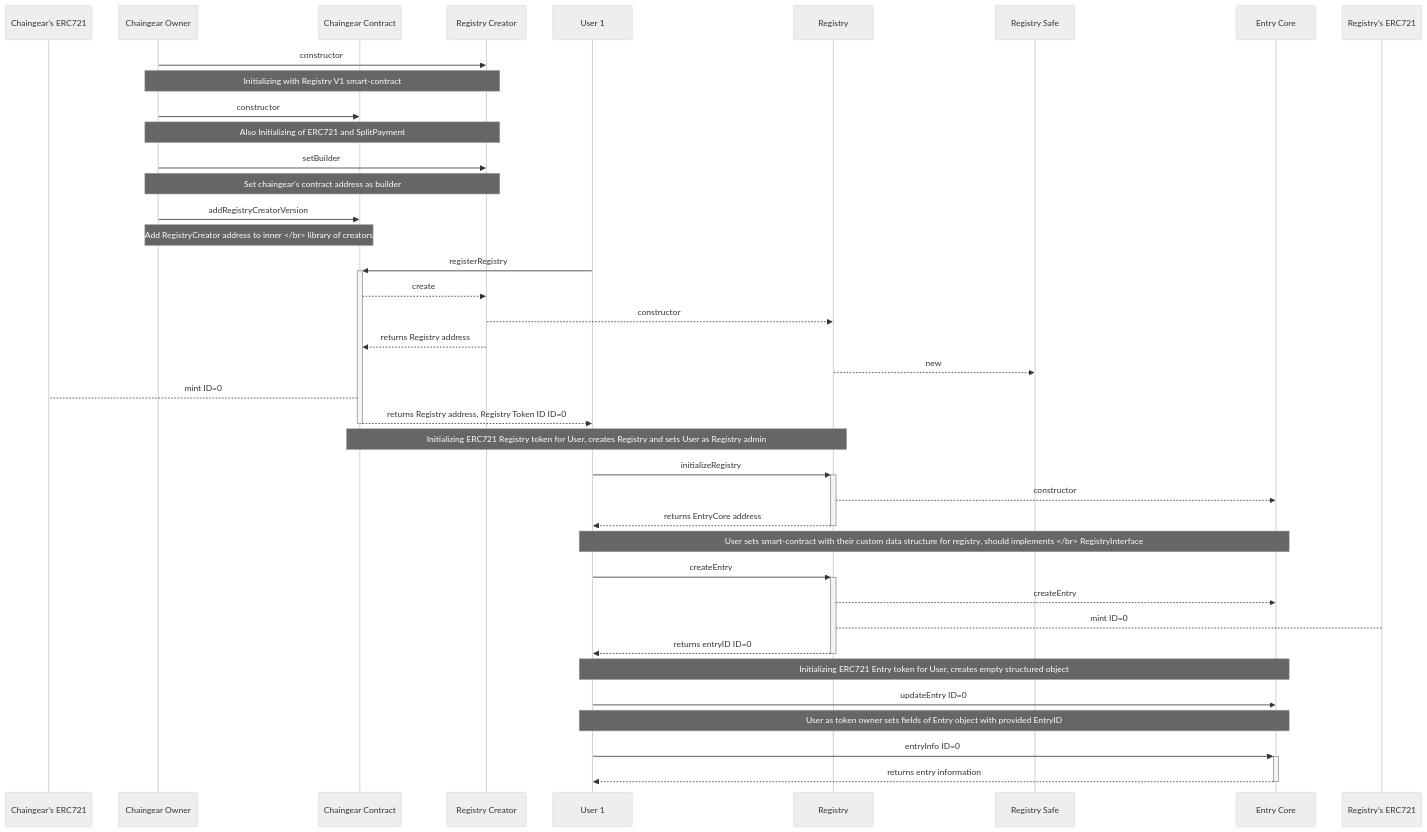
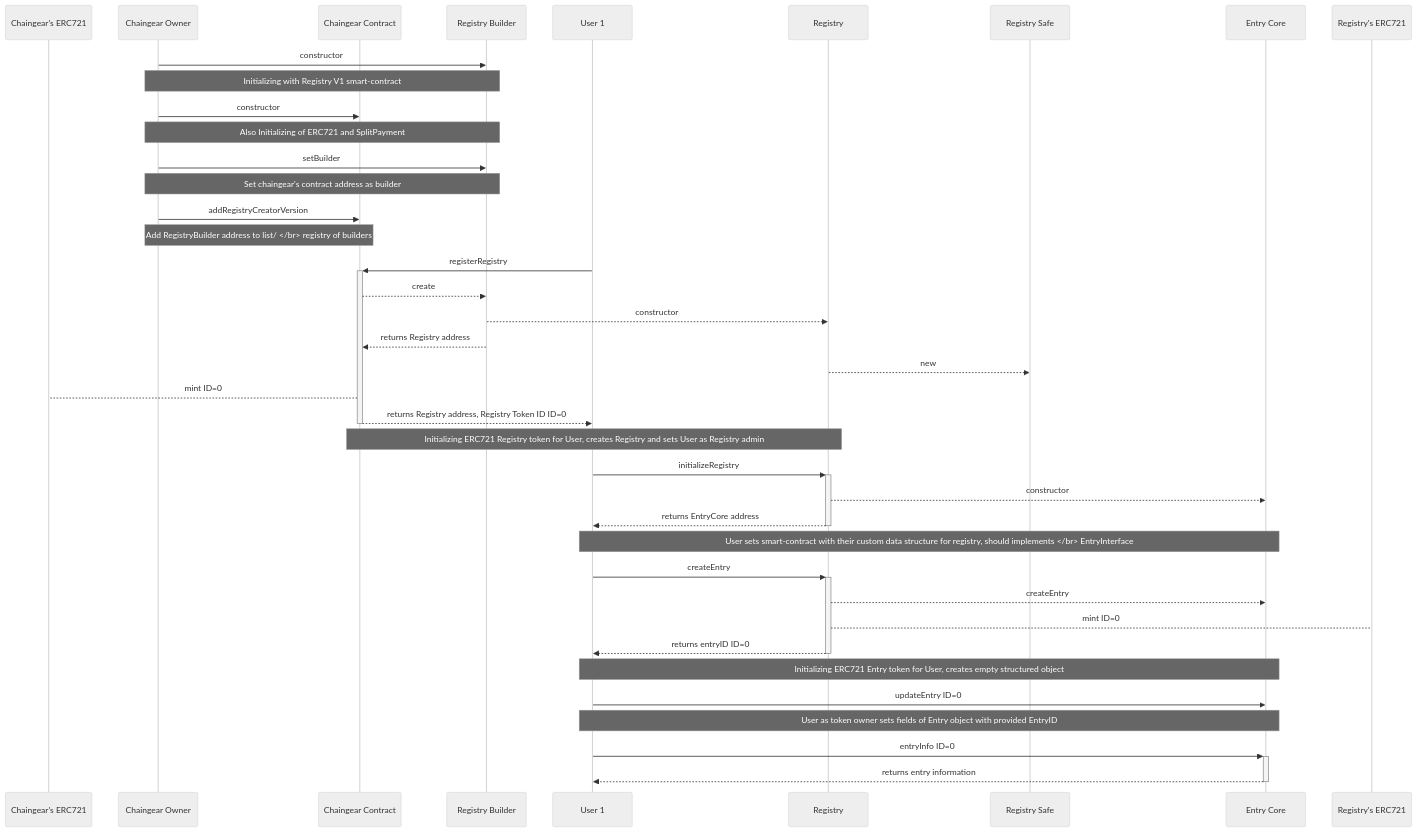
Before and after one commit to cybercongress/chaingear: the diagram in docs/mermaid/origin/pipelines-general_pipeline.mmd, drawn with Mermaid (neutral theme). The commit also changed 18 other files, not shown here.

```diff
--- a/docs/mermaid/origin/pipelines-general_pipeline.mmd
+++ b/docs/mermaid/origin/pipelines-general_pipeline.mmd
@@ -1,48 +1,48 @@
 sequenceDiagram
     participant C721 as Chaingear's ERC721
     participant O as Chaingear Owner
     participant CC as Chaingear Contract
-    participant RC as Registry Creator
+    participant RC as Registry Builder
     participant U1 as User 1
     participant R as Registry
     participant S as Registry Safe
     participant EC as Entry Core
     participant R721 as Registry's ERC721 
     
     O->>RC: constructor
     Note over O, RC: Initializing with Registry V1 smart-contract
     
     O->>CC: constructor
     Note over O, RC: Also Initializing of ERC721 and SplitPayment
     
     O->>RC: setBuilder
     Note over O, RC: Set chaingear's contract address as builder
     
     O->>CC: addRegistryCreatorVersion
-    Note over O, CC: Add RegistryCreator address to inner </br> library of creators
+    Note over O, CC: Add RegistryBuilder address to list/ </br> registry of builders
     
     U1->>+CC: registerRegistry
     CC-->>RC: create
     RC-->>R: constructor
     RC-->>CC: returns Registry address
     R-->>S: new
     CC-->C721: mint ID=0
     CC-->>-U1: returns Registry address, Registry Token ID ID=0
     Note over R, CC: Initializing ERC721 Registry token for User, creates Registry and sets User as Registry admin
     
     U1->>+R: initializeRegistry
     R-->>EC: constructor
     R-->>-U1: returns EntryCore address
-    Note over U1, EC: User sets smart-contract with their custom data structure for registry, should implements </br> RegistryInterface
+    Note over U1, EC: User sets smart-contract with their custom data structure for registry, should implements </br> EntryInterface
     
     U1->>+R: createEntry
     R-->>EC: createEntry
     R-->R721: mint ID=0
     R-->>-U1: returns entryID ID=0
     Note over U1, EC: Initializing ERC721 Entry token for User, creates empty structured object 
     
     U1->>EC: updateEntry ID=0
     Note over U1, EC: User as token owner sets fields of Entry object with provided EntryID
     
     U1->>+EC: entryInfo ID=0
     EC-->>-U1: returns entry information
```
